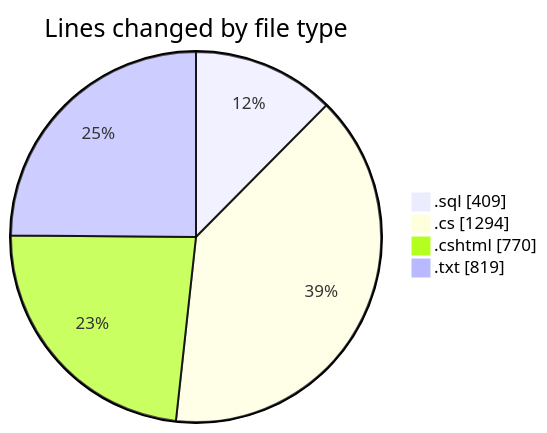
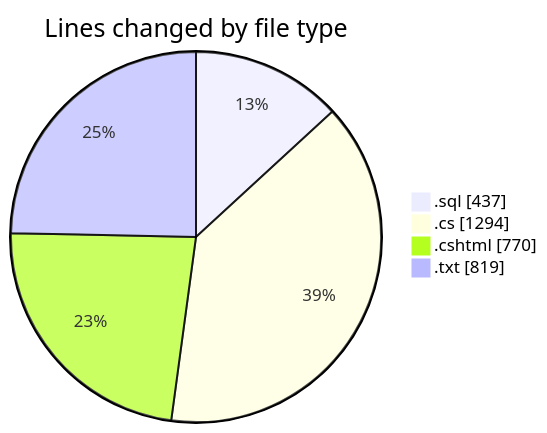
One commit to lephambinh05/code-tracking changed the first of 2 diagrams in 2025-07-23/quanlyrapchieuphim/README.md. Above: the diagram before and after it, drawn with Mermaid. The commit also changed other lines of this file and 1 other file, not shown here.

````diff
--- a/2025-07-23/quanlyrapchieuphim/README.md
+++ b/2025-07-23/quanlyrapchieuphim/README.md
@@ -27,8 +27,8 @@
 ```mermaid
 pie showData
 title Lines changed by file type
-".sql" : 409
+".sql" : 437
 ".cs" : 1294
 ".cshtml" : 770
 ".txt" : 819
 ```
````
